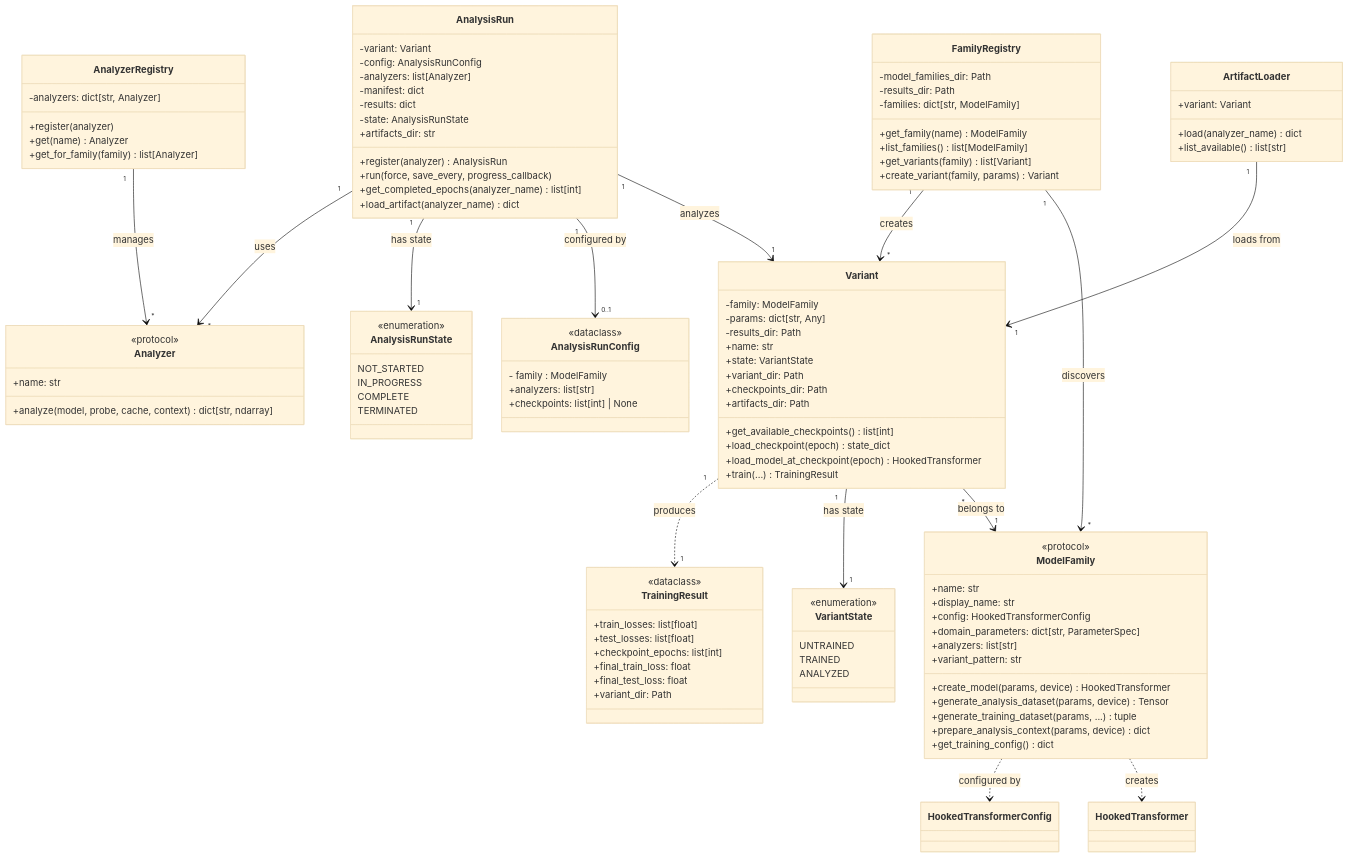
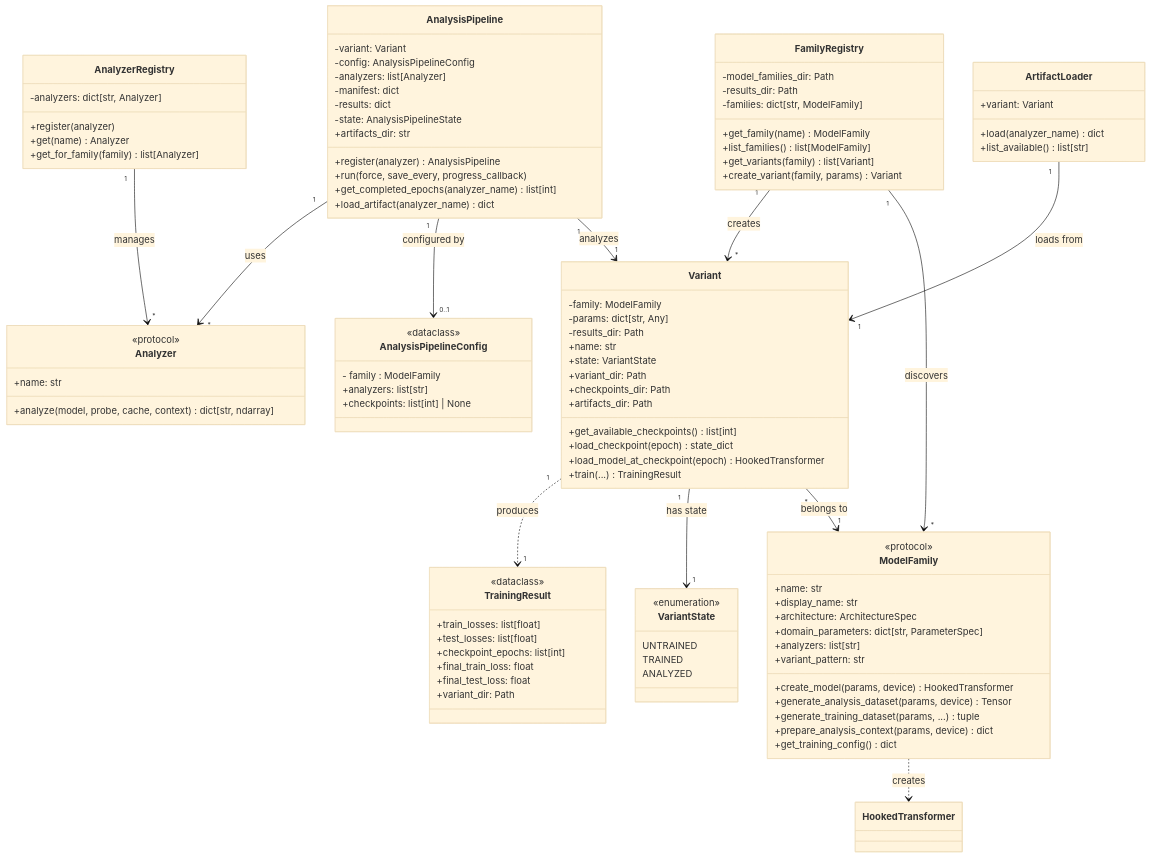
The diagram in DOMAIN_MODEL.md (roaringsurfdev/training-dynamics-workbench), drawn with Mermaid (base theme) before and after one commit. The commit also changed other lines of this file and 1 other file, not shown here.

Commit message:
Reverting some exploratory changes and keeping updates to concept definitions.

````diff
--- a/DOMAIN_MODEL.md
+++ b/DOMAIN_MODEL.md
@@ -22,7 +22,7 @@
         <<protocol>>
         +name: str
         +display_name: str
-        +config: HookedTransformerConfig
+        +architecture: ArchitectureSpec
         +domain_parameters: dict[str, ParameterSpec]
         +analyzers: list[str]
         +variant_pattern: str
@@ -55,29 +55,21 @@
         ANALYZED
     }
 
-    class AnalysisRun {
+    class AnalysisPipeline {
         -variant: Variant
-        -config: AnalysisRunConfig
+        -config: AnalysisPipelineConfig
         -analyzers: list[Analyzer]
         -manifest: dict
         -results: dict
-        -state: AnalysisRunState
+        -state: AnalysisPipelineState
         +artifacts_dir: str
-        +register(analyzer) AnalysisRun
+        +register(analyzer) AnalysisPipeline
         +run(force, save_every, progress_callback)
         +get_completed_epochs(analyzer_name) list[int]
         +load_artifact(analyzer_name) dict
     }
 
-    class AnalysisRunState {
-        <<enumeration>>
-        NOT_STARTED
-        IN_PROGRESS
-        COMPLETE
-        TERMINATED
-    }
-
-    class AnalysisRunConfig {
+    class AnalysisPipelineConfig {
         <<dataclass>>
         - family : ModelFamily
         +analyzers: list[str]
@@ -120,15 +112,13 @@
     Variant "1" --> "1" VariantState : has state
     Variant "1" ..> "1" TrainingResult : produces
 
-    AnalysisRun "1" --> "1" Variant : analyzes
-    AnalysisRun "1" --> "0..1" AnalysisRunConfig : configured by
-    AnalysisRun "1" --> "1" AnalysisRunState : has state
-    AnalysisRun "1" --> "*" Analyzer : uses
+    AnalysisPipeline "1" --> "1" Variant : analyzes
+    AnalysisPipeline "1" --> "0..1" AnalysisPipelineConfig : configured by
+    AnalysisPipeline "1" --> "*" Analyzer : uses
 
     AnalyzerRegistry "1" --> "*" Analyzer : manages
 
     ArtifactLoader "1" --> "1" Variant : loads from
 
     ModelFamily ..> HookedTransformer : creates
-    ModelFamily ..> HookedTransformerConfig : configured by
 ```
````
